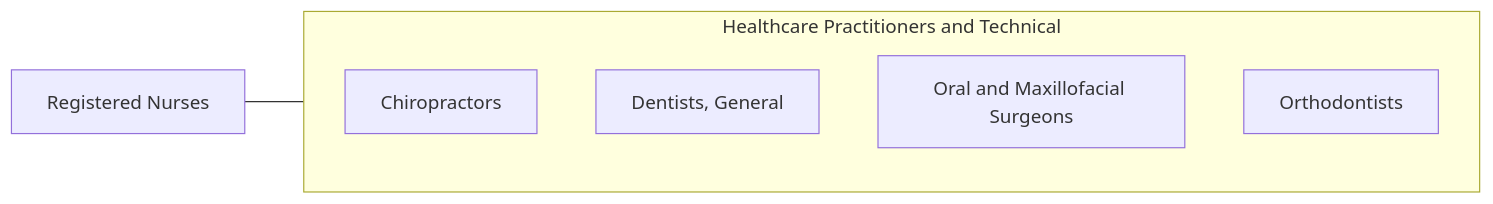
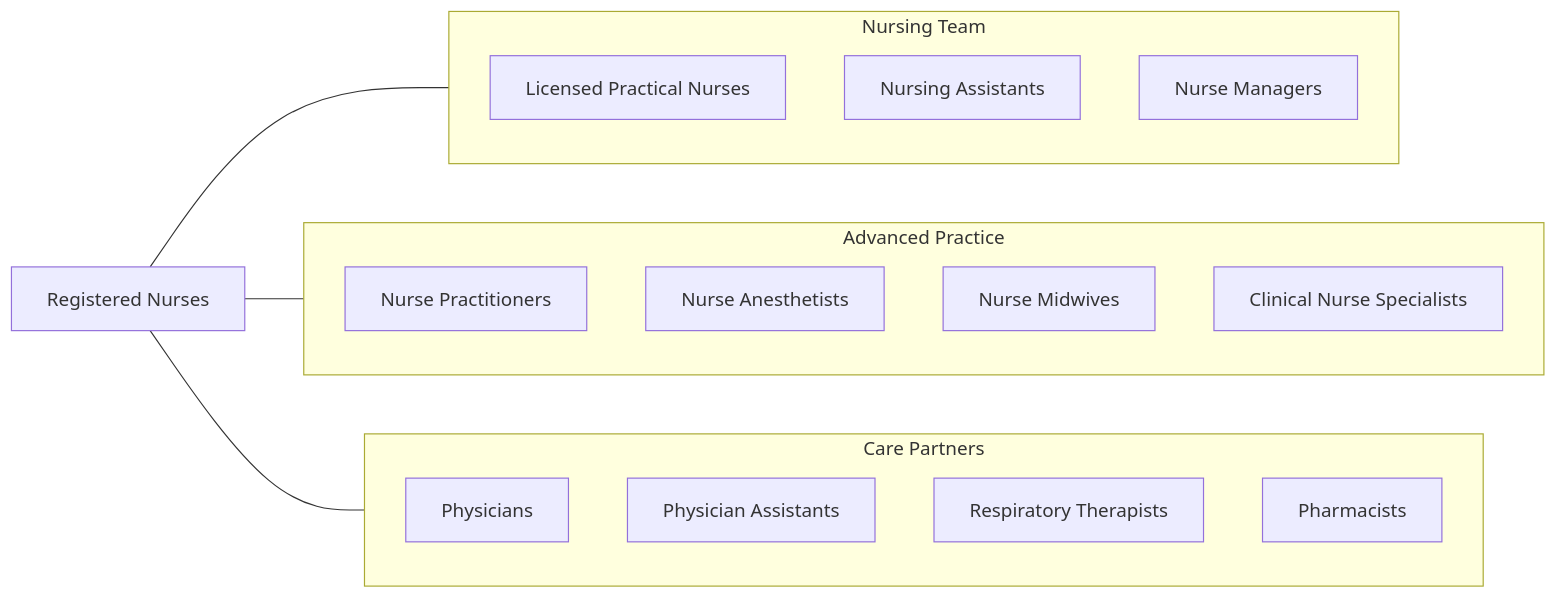
One commit to kziemski/business.org.ai changed the fourth of 4 diagrams in occupations/HealthcarePractitioners/RegisteredNurses.mdx. Above: the diagram before and after it, drawn with Mermaid. The commit also changed other lines of this file and 938 other files, not shown here.

````diff
--- a/occupations/HealthcarePractitioners/RegisteredNurses.mdx
+++ b/occupations/HealthcarePractitioners/RegisteredNurses.mdx
@@ -119,13 +237,28 @@
 ```mermaid
 graph LR
     Current["Registered Nurses"]
 
-    subgraph SameCategory["Healthcare Practitioners and Technical"]
-        Chiropractors["Chiropractors"]
-        DentistsGeneral["Dentists, General"]
-        OralAndMaxillofacial["Oral and Maxillofacial Surgeons"]
-        Orthodontists["Orthodontists"]
+    subgraph NursingTeam["Nursing Team"]
+        LPN["Licensed Practical Nurses"]
+        CNA["Nursing Assistants"]
+        NurseMgr["Nurse Managers"]
     end
 
-    Current --- SameCategory
+    subgraph AdvancedPractice["Advanced Practice"]
+        NP["Nurse Practitioners"]
+        CRNA["Nurse Anesthetists"]
+        CNM["Nurse Midwives"]
+        CNS["Clinical Nurse Specialists"]
+    end
+
+    subgraph CarePartners["Care Partners"]
+        Physicians["Physicians"]
+        PA["Physician Assistants"]
+        RT["Respiratory Therapists"]
+        Pharm["Pharmacists"]
+    end
+
+    Current --- NursingTeam
+    Current --- AdvancedPractice
+    Current --- CarePartners
 ```
````
